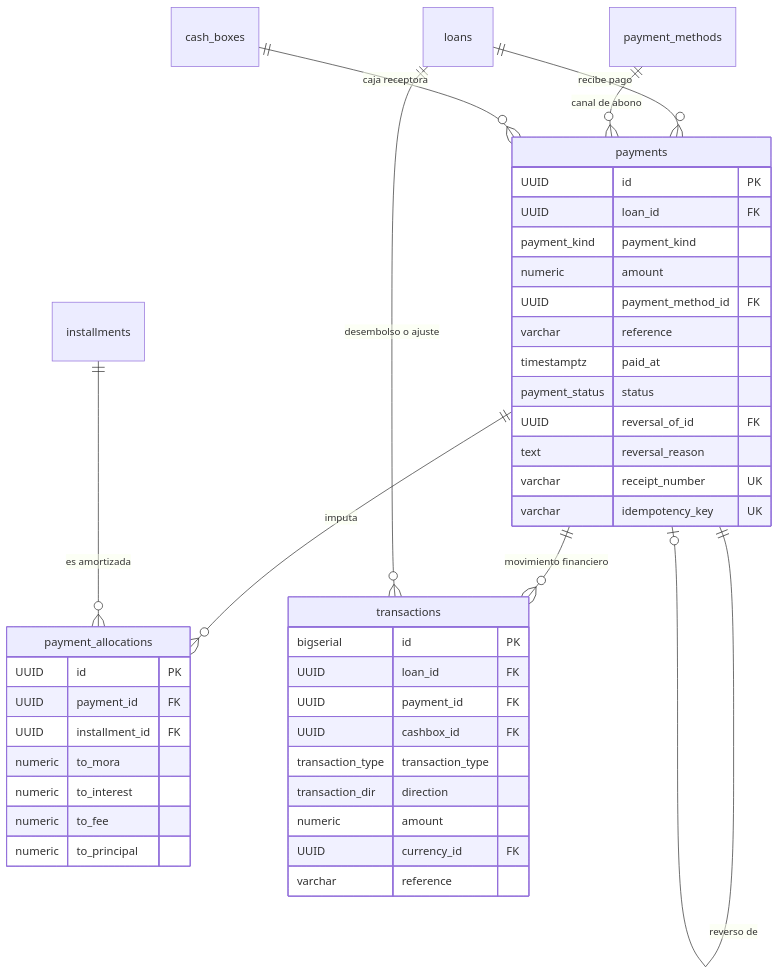
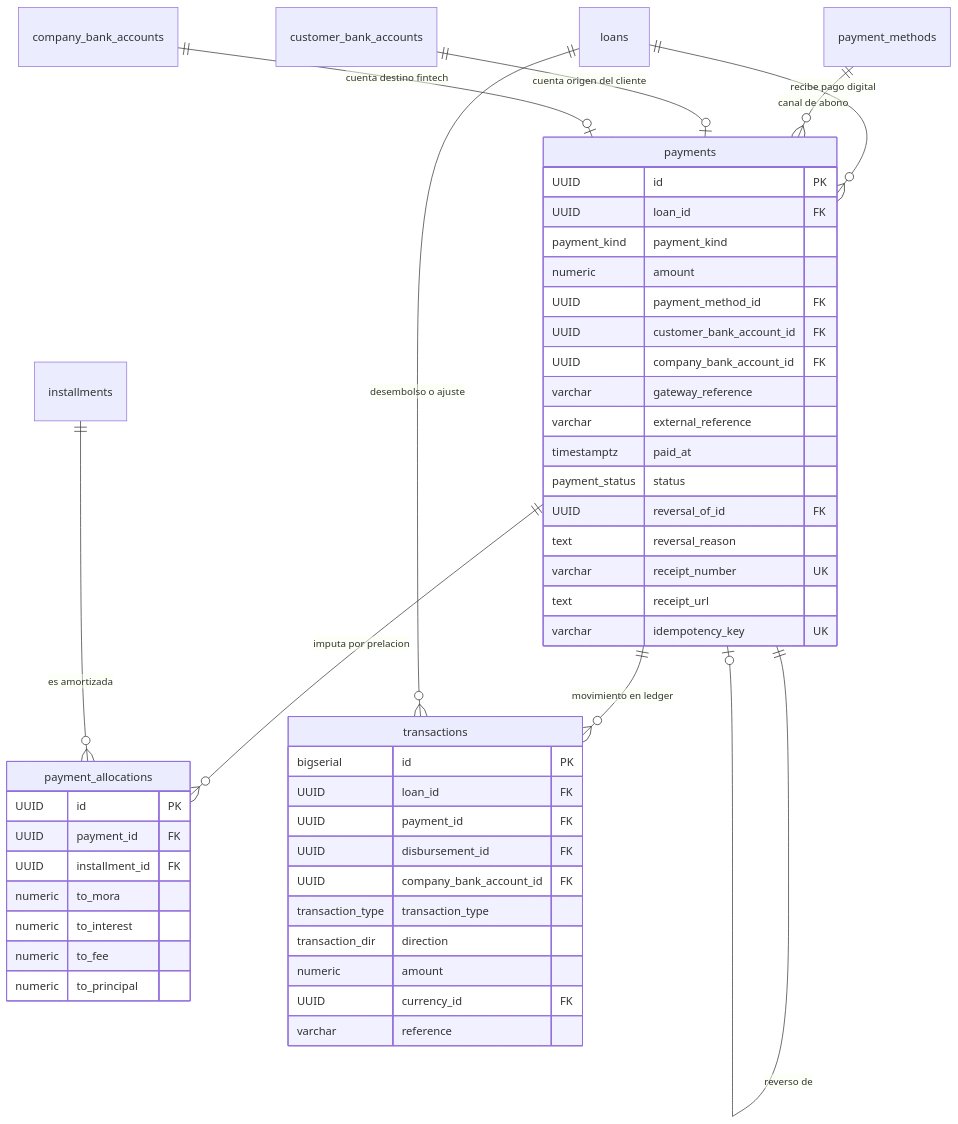
Before and after one commit to YonatanLLa/-loan_system: the fifth of 7 diagrams in database/docs/diagrama-entidad-relacion.md, drawn with Mermaid. The commit also changed other lines of this file and 38 other files, not shown here.

````diff
--- a/database/docs/diagrama-entidad-relacion.md
+++ b/database/docs/diagrama-entidad-relacion.md
@@ -281,49 +298,55 @@
 ```mermaid
 erDiagram
-    loans ||--o{ payments : "recibe pago"
+    loans ||--o{ payments : "recibe pago digital"
     payment_methods ||--o{ payments : "canal de abono"
-    cash_boxes ||--o{ payments : "caja receptora"
+    customer_bank_accounts ||--o| payments : "cuenta origen del cliente"
+    company_bank_accounts ||--o| payments : "cuenta destino fintech"
 
     payments {
         UUID id PK
         UUID loan_id FK
         payment_kind payment_kind
         numeric amount
         UUID payment_method_id FK
-        varchar reference
+        UUID customer_bank_account_id FK
+        UUID company_bank_account_id FK
+        varchar gateway_reference
+        varchar external_reference
         timestamptz paid_at
         payment_status status
         UUID reversal_of_id FK
         text reversal_reason
         varchar receipt_number UK
+        text receipt_url
         varchar idempotency_key UK
     }
 
     payment_allocations {
         UUID id PK
         UUID payment_id FK
         UUID installment_id FK
         numeric to_mora
         numeric to_interest
         numeric to_fee
         numeric to_principal
     }
 
     transactions {
         bigserial id PK
         UUID loan_id FK
         UUID payment_id FK
-        UUID cashbox_id FK
+        UUID disbursement_id FK
+        UUID company_bank_account_id FK
         transaction_type transaction_type
         transaction_dir direction
         numeric amount
         UUID currency_id FK
         varchar reference
     }
 
-    payments ||--o{ payment_allocations : "imputa"
+    payments ||--o{ payment_allocations : "imputa por prelacion"
     installments ||--o{ payment_allocations : "es amortizada"
-    payments ||--o{ transactions : "movimiento financiero"
+    payments ||--o{ transactions : "movimiento en ledger"
     loans ||--o{ transactions : "desembolso o ajuste"
     payments ||--o| payments : "reverso de"
 ```
````
